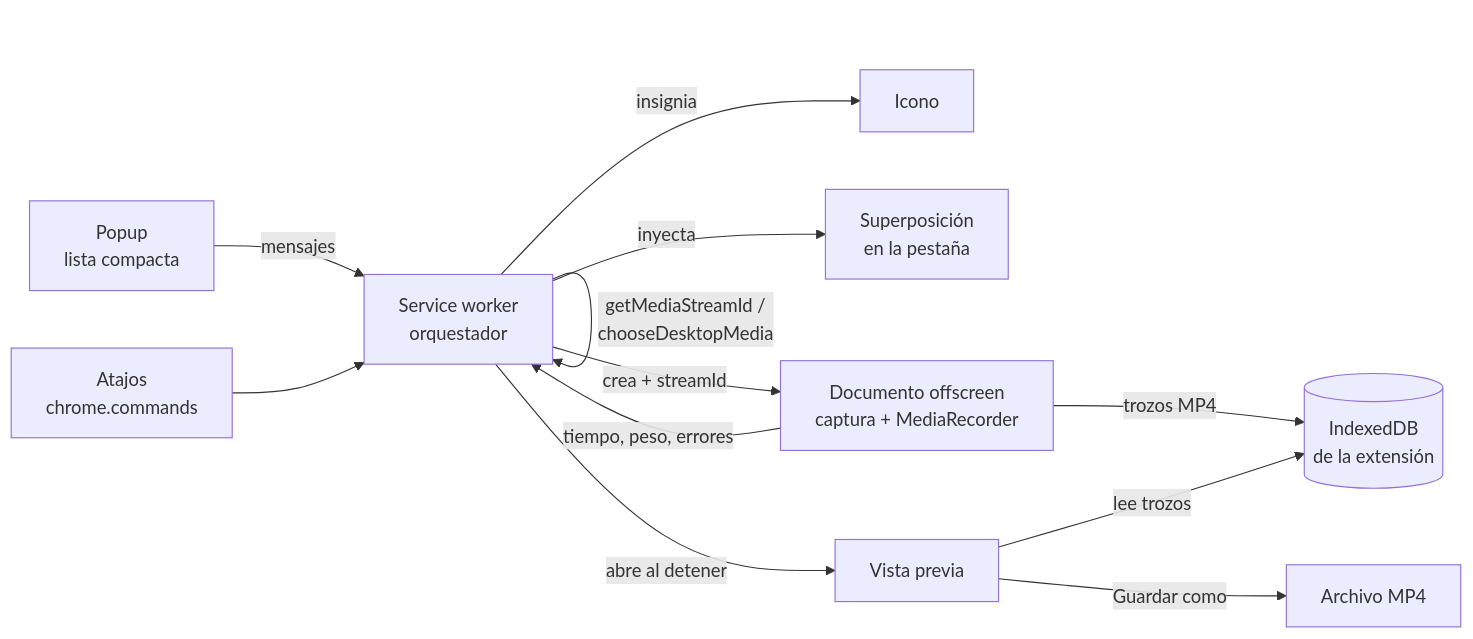
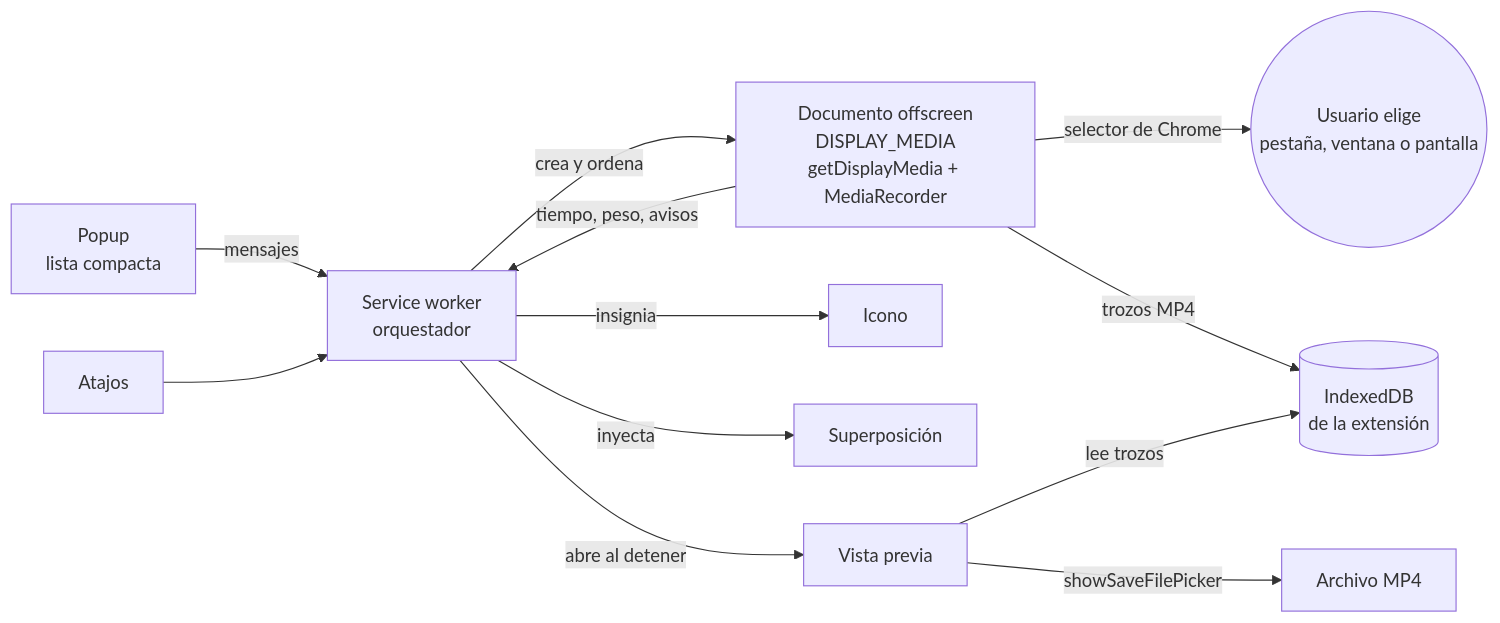
The diagram in docs/especificacion.md (strato88/chrome-recorder), drawn with Mermaid before and after one commit. The commit also changed other lines of this file and 4 other files, not shown here.

````diff
--- a/docs/especificacion.md
+++ b/docs/especificacion.md
@@ -42,14 +54,14 @@
 ```mermaid
 flowchart LR
   P[Popup<br/>lista compacta] -- mensajes --> SW[Service worker<br/>orquestador]
-  K[Atajos<br/>chrome.commands] --> SW
-  SW -- getMediaStreamId /<br/>chooseDesktopMedia --> SW
-  SW -- crea + streamId --> OD[Documento offscreen<br/>captura + MediaRecorder]
+  K[Atajos] --> SW
+  SW -- crea y ordena --> OD[Documento offscreen<br/>DISPLAY_MEDIA<br/>getDisplayMedia + MediaRecorder]
+  OD -- selector de Chrome --> U((Usuario elige<br/>pestaña, ventana o pantalla))
   OD -- trozos MP4 --> DB[(IndexedDB<br/>de la extensión)]
-  OD -- tiempo, peso, errores --> SW
+  OD -- tiempo, peso, avisos --> SW
   SW -- insignia --> I[Icono]
-  SW -- inyecta --> O[Superposición<br/>en la pestaña]
+  SW -- inyecta --> O[Superposición]
   SW -- abre al detener --> V[Vista previa]
   V -- lee trozos --> DB
-  V -- Guardar como --> F[Archivo MP4]
+  V -- showSaveFilePicker --> F[Archivo MP4]
 ```
````
